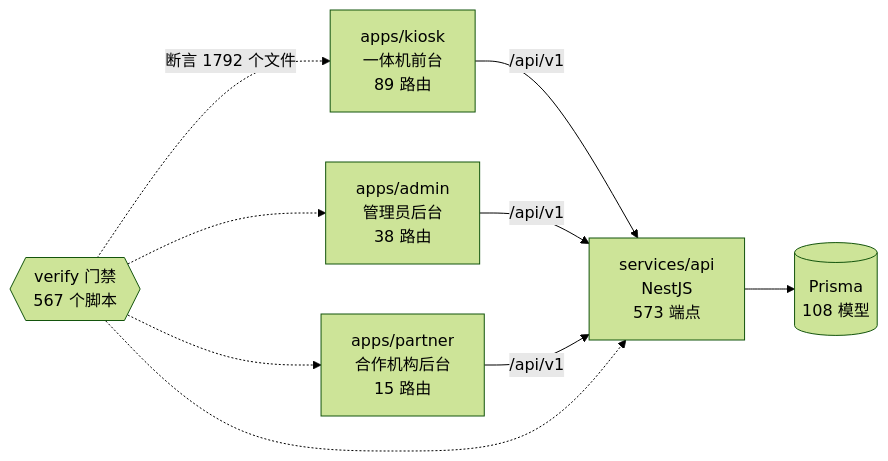
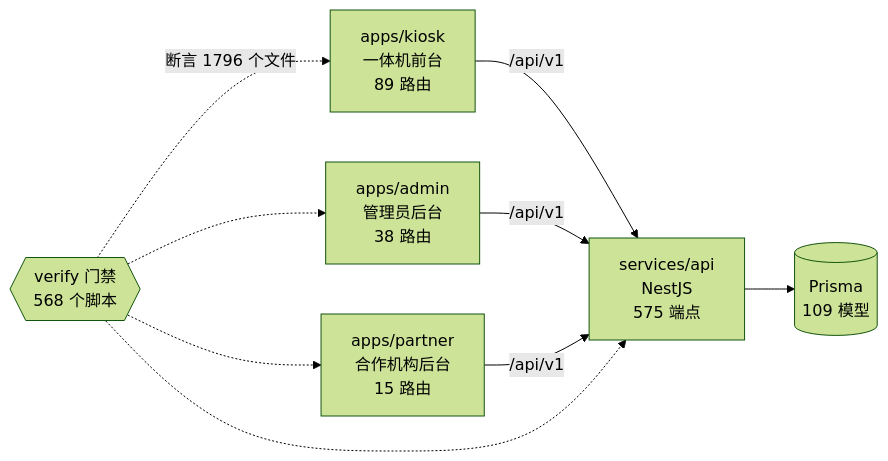
The diagram in docs/graph/README.md (wanglei581/YITIJI), drawn with Mermaid (forest theme) before and after one commit. The commit also changed other lines of this file and 5 other files, not shown here.

````diff
--- a/docs/graph/README.md
+++ b/docs/graph/README.md
@@ -68,18 +68,18 @@
 ```mermaid
 flowchart LR
   kiosk["apps/kiosk<br/>一体机前台<br/>89 路由"]
   admin["apps/admin<br/>管理员后台<br/>38 路由"]
   partner["apps/partner<br/>合作机构后台<br/>15 路由"]
-  api["services/api<br/>NestJS<br/>573 端点"]
-  db[("Prisma<br/>108 模型")]
-  gates{{"verify 门禁<br/>567 个脚本"}}
+  api["services/api<br/>NestJS<br/>575 端点"]
+  db[("Prisma<br/>109 模型")]
+  gates{{"verify 门禁<br/>568 个脚本"}}
 
   kiosk -->|"/api/v1"| api
   admin -->|"/api/v1"| api
   partner -->|"/api/v1"| api
   api --> db
-  gates -.->|"断言 1792 个文件"| kiosk
+  gates -.->|"断言 1796 个文件"| kiosk
   gates -.-> admin
   gates -.-> partner
   gates -.-> api
 ```
````
